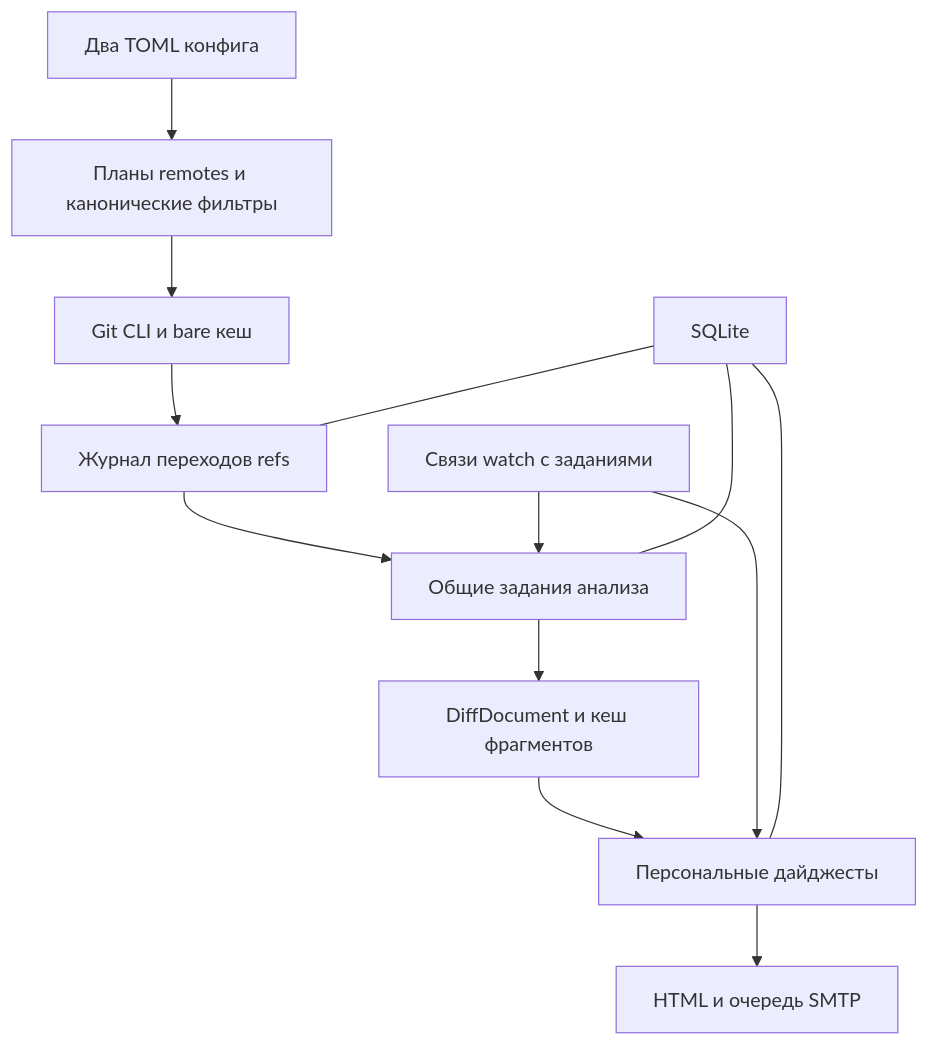
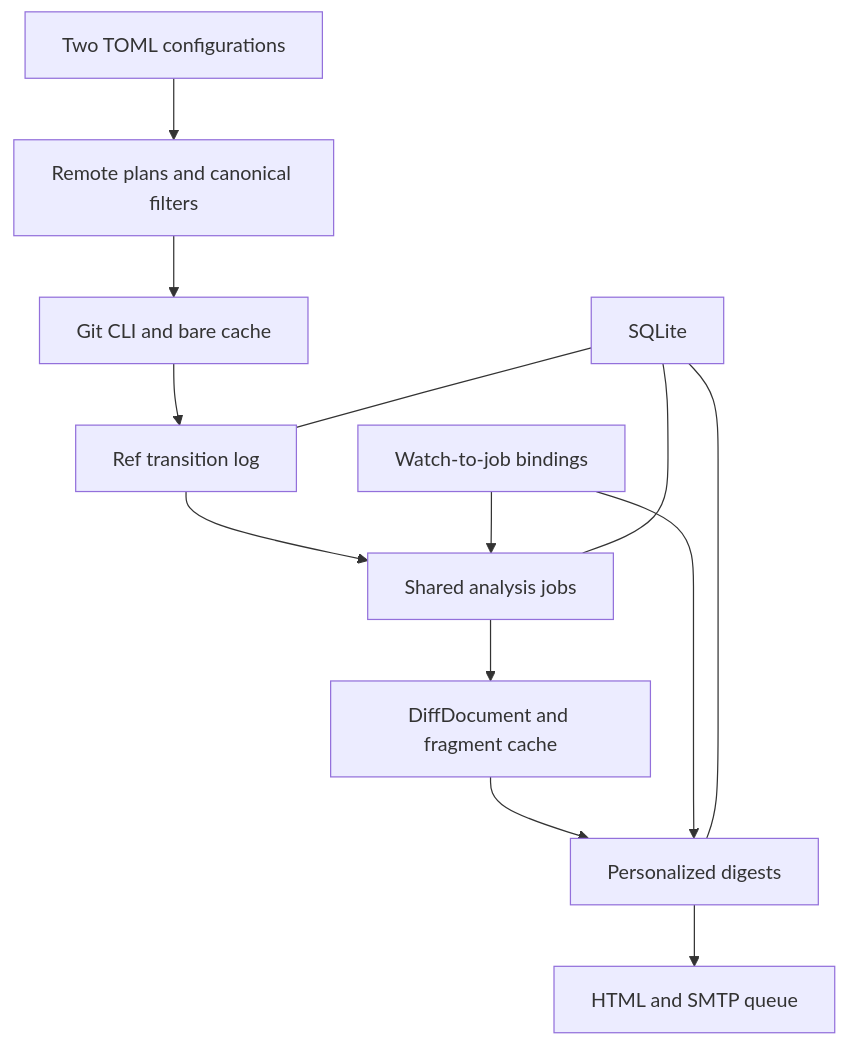
One commit to Mephistophiles/git-monitor changed the first of 2 diagrams in ARCHITECTURE.md. Above: the diagram before and after it, drawn with Mermaid. The commit also changed other lines of this file, not shown here.

Commit message:
Translate the architecture specification into English

````diff
--- a/ARCHITECTURE.md
+++ b/ARCHITECTURE.md
@@ -177,15 +177,15 @@
 ```mermaid
 flowchart TD
-    C["Два TOML конфига"] --> P["Планы remotes и канонические фильтры"]
-    P --> G["Git CLI и bare кеш"]
-    G --> E["Журнал переходов refs"]
-    E --> A["Общие задания анализа"]
-    A --> F["DiffDocument и кеш фрагментов"]
-    F --> D["Персональные дайджесты"]
-    D --> O["HTML и очередь SMTP"]
-    W["Связи watch с заданиями"] --> A
+    C["Two TOML configurations"] --> P["Remote plans and canonical filters"]
+    P --> G["Git CLI and bare cache"]
+    G --> E["Ref transition log"]
+    E --> A["Shared analysis jobs"]
+    A --> F["DiffDocument and fragment cache"]
+    F --> D["Personalized digests"]
+    D --> O["HTML and SMTP queue"]
+    W["Watch-to-job bindings"] --> A
     W --> D
     S["SQLite"] --- E
     S --- A
     S --- D
 ```
````
